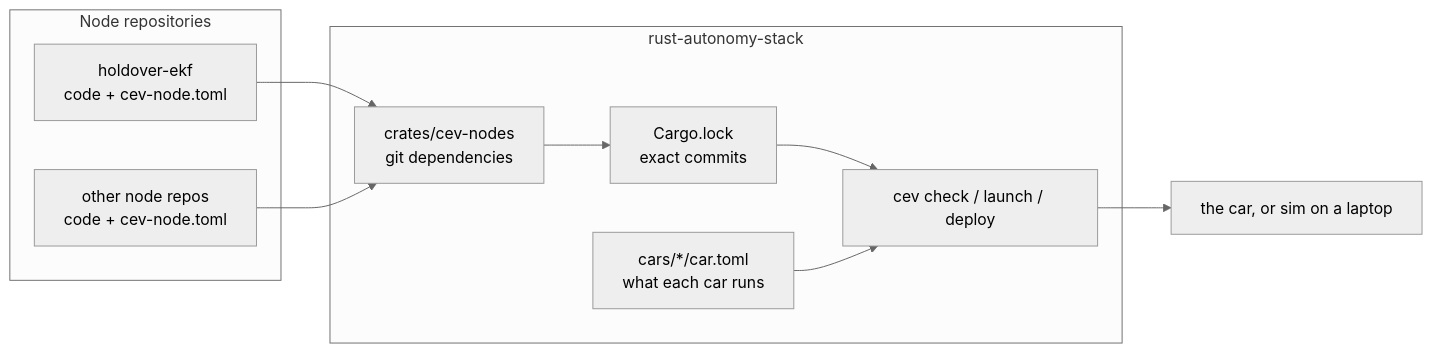
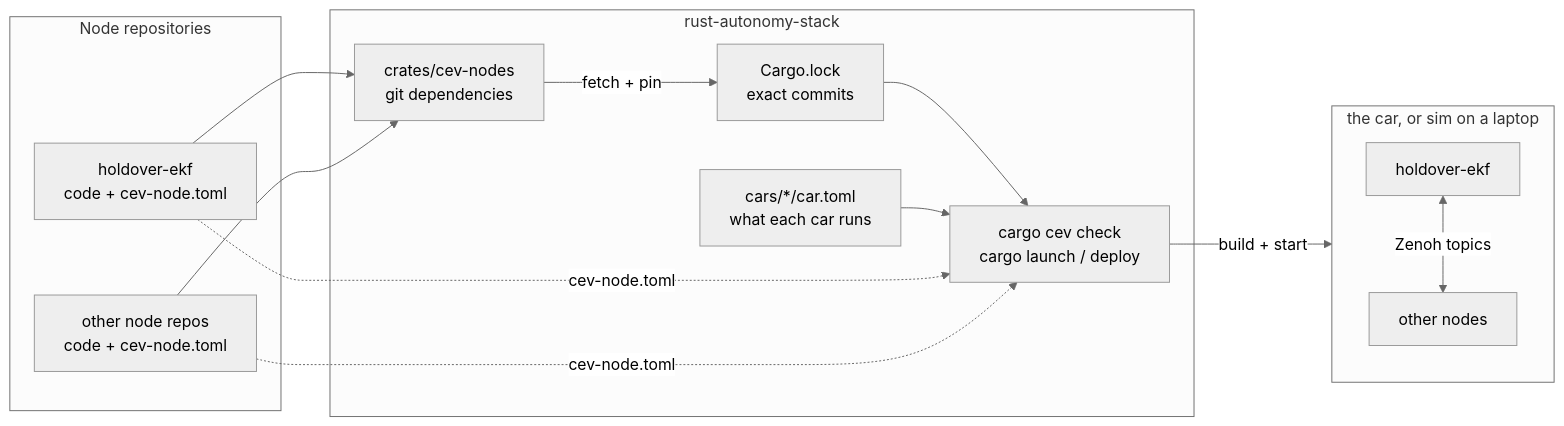
The diagram in docs/README.md (cornellev/rust-autonomy-stack), drawn with Mermaid (neutral theme) before and after one commit. The commit also changed other lines of this file and 4 other files, not shown here.

````diff
--- a/docs/README.md
+++ b/docs/README.md
@@ -40,19 +63,24 @@
 ```mermaid
 flowchart LR
     subgraph repos["Node repositories"]
         ekf["holdover-ekf<br/>code + cev-node.toml"]
         other["other node repos<br/>code + cev-node.toml"]
     end
     subgraph stack["rust-autonomy-stack"]
         nodes["crates/cev-nodes<br/>git dependencies"]
         lock["Cargo.lock<br/>exact commits"]
         cars["cars/*/car.toml<br/>what each car runs"]
-        cev["cev check / launch / deploy"]
+        cev["cargo cev check<br/>cargo launch / deploy"]
+    end
+    subgraph car["the car, or sim on a laptop"]
+        n1["holdover-ekf"] <-- "Zenoh topics" --> n2["other nodes"]
     end
     ekf --> nodes
     other --> nodes
-    nodes --> lock
+    nodes -- "fetch + pin" --> lock
     lock --> cev
     cars --> cev
-    cev --> car["the car, or sim on a laptop"]
+    ekf -. "cev-node.toml" .-> cev
+    other -. "cev-node.toml" .-> cev
+    cev -- "build + start" --> car
 ```
````
